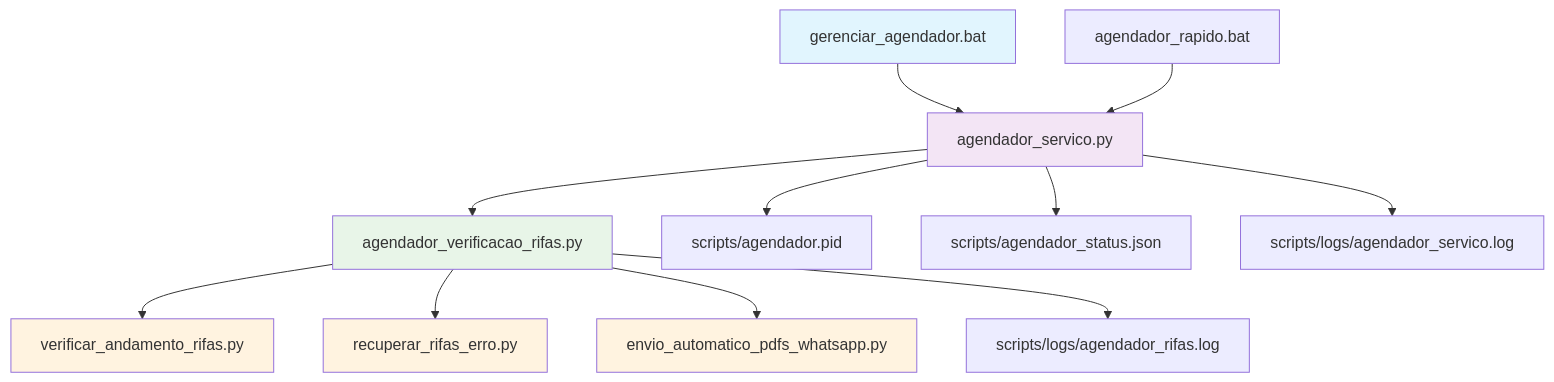
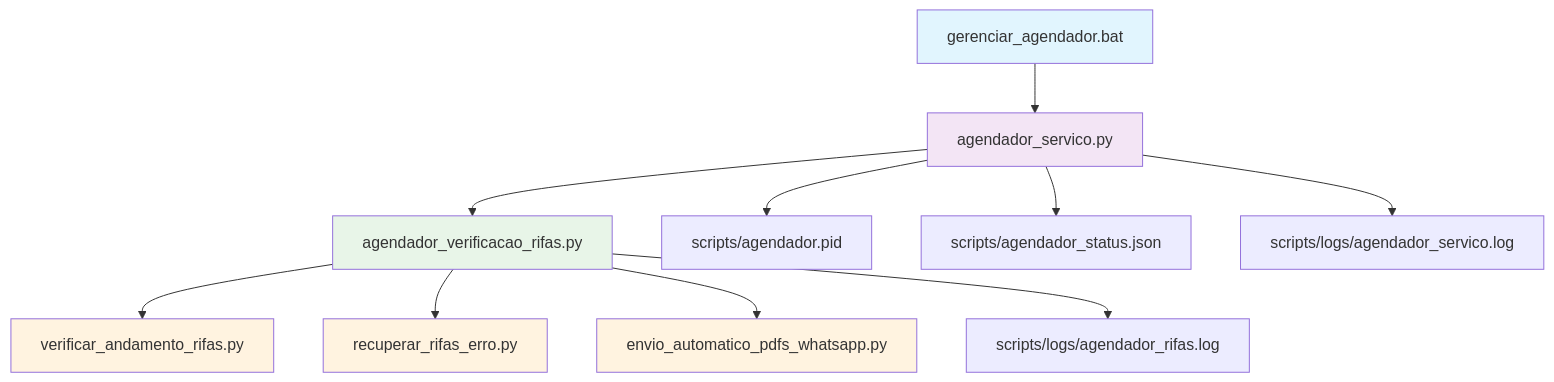
Before and after one commit to adilsonfragoso/Gerenciamento: the diagram in scripts/agendador/DEPENDENCIAS.md, drawn with Mermaid. The commit also changed other lines of this file and 23 other files, not shown here.

````diff
--- a/scripts/agendador/DEPENDENCIAS.md
+++ b/scripts/agendador/DEPENDENCIAS.md
@@ -5,22 +5,21 @@
 ```mermaid
 graph TD
     A[gerenciar_agendador.bat] --> B[agendador_servico.py]
-    C[agendador_rapido.bat] --> B
     B --> D[agendador_verificacao_rifas.py]
     D --> E[verificar_andamento_rifas.py]
     D --> F[recuperar_rifas_erro.py]
     D --> G[envio_automatico_pdfs_whatsapp.py]
     
     B --> H[scripts/agendador.pid]
     B --> I[scripts/agendador_status.json]
     B --> J[scripts/logs/agendador_servico.log]
     
     D --> K[scripts/logs/agendador_rifas.log]
     
     style A fill:#e1f5fe
     style B fill:#f3e5f5
     style D fill:#e8f5e8
     style E fill:#fff3e0
     style F fill:#fff3e0
     style G fill:#fff3e0
 ```
````
